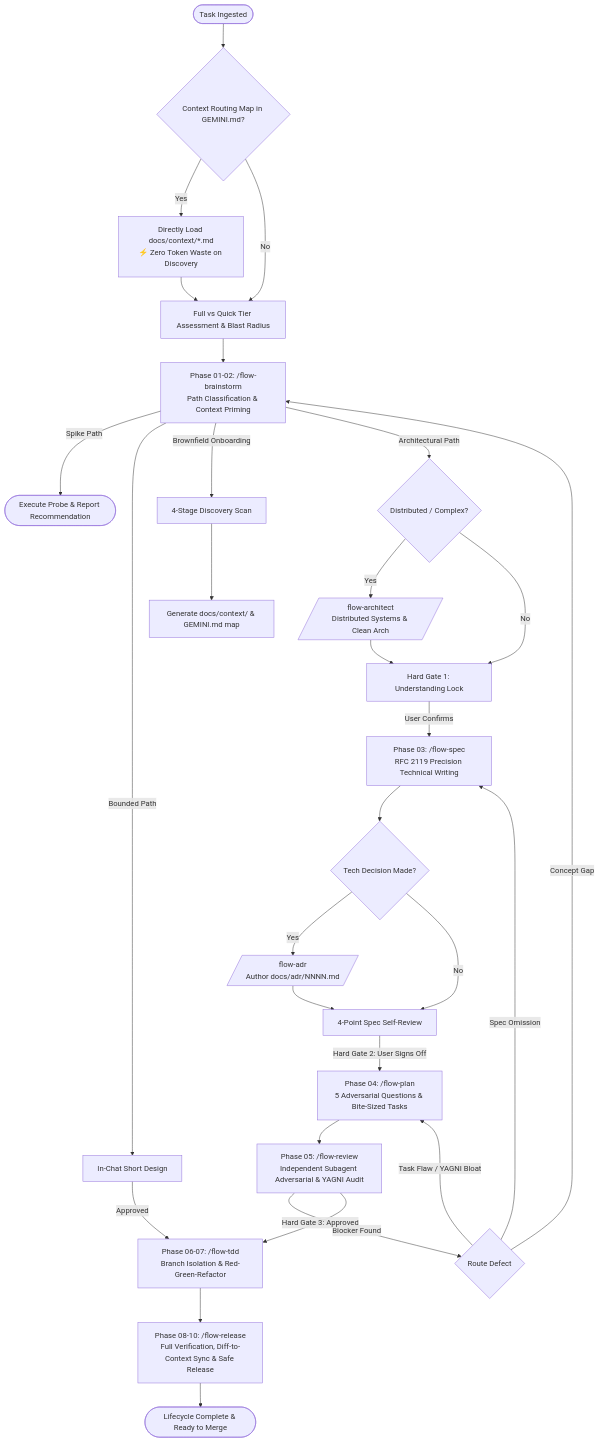
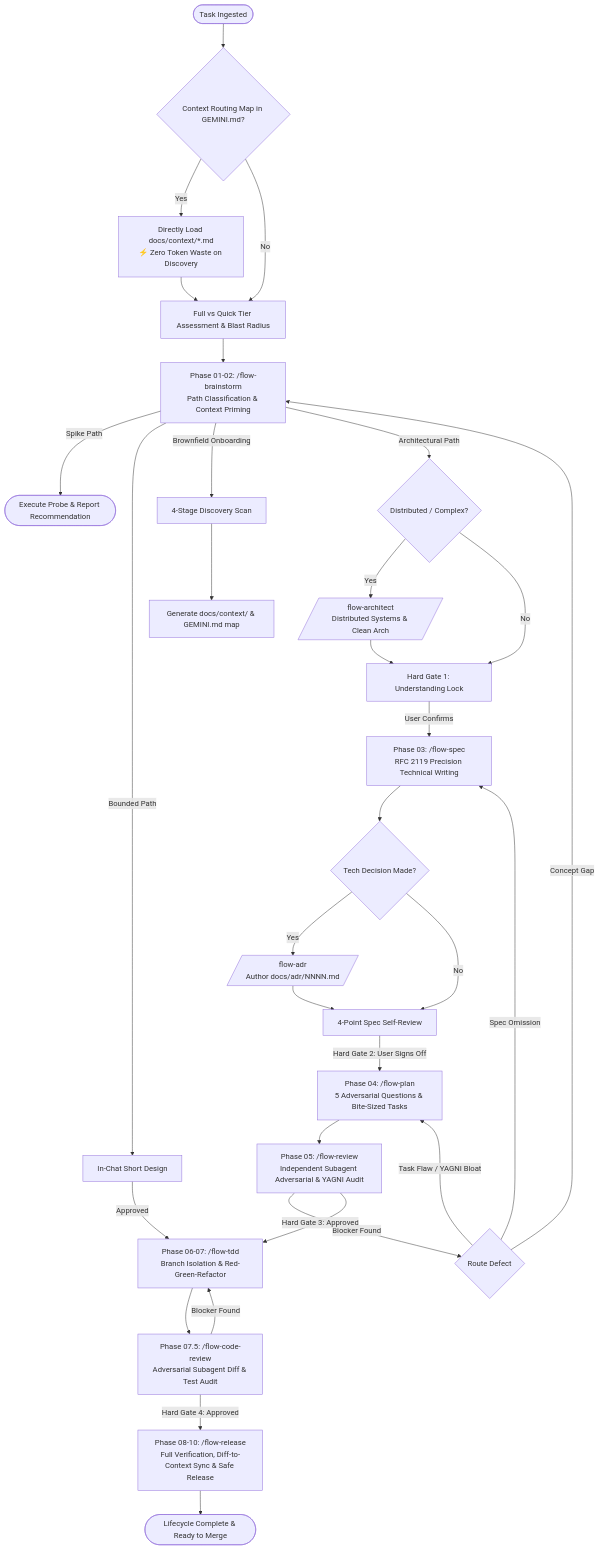
One commit to larya-dot-eu/agy-flow changed the diagram in README.md. Above: the diagram before and after it, drawn with Mermaid. The commit also changed other lines of this file and 6 other files, not shown here.

Commit message:
feat(skills): add /flow-code-review skill for independent adversarial code and implementation reviews

````diff
--- a/README.md
+++ b/README.md
@@ -17,34 +17,36 @@
 ```mermaid
 graph TD
     Start([Task Ingested]) --> ContextCheck{Context Routing Map in GEMINI.md?}
     ContextCheck -->|Yes| DirectLoad[Directly Load docs/context/*.md<br/>⚡ Zero Token Waste on Discovery]
     ContextCheck -->|No| TierCheck[Full vs Quick Tier Assessment & Blast Radius]
     DirectLoad --> TierCheck
     
     TierCheck --> Phase1[Phase 01-02: /flow-brainstorm<br/>Path Classification & Context Priming]
     
     Phase1 -->|Spike Path| SpikeEnd([Execute Probe & Report Recommendation])
     Phase1 -->|Bounded Path| BoundedDesign[In-Chat Short Design] -->|Approved| TDD
     Phase1 -->|Brownfield Onboarding| Onboard[4-Stage Discovery Scan] --> GenCtx[Generate docs/context/ & GEMINI.md map]
     Phase1 -->|Architectural Path| ArchCheck{Distributed / Complex?}
     
     ArchCheck -->|Yes| ArchSkill[/flow-architect<br/>Distributed Systems & Clean Arch/] --> Lock[Hard Gate 1: Understanding Lock]
     ArchCheck -->|No| Lock
     
     Lock -->|User Confirms| Spec[Phase 03: /flow-spec<br/>RFC 2119 Precision Technical Writing]
     Spec --> ADRCheck{Tech Decision Made?}
     ADRCheck -->|Yes| ADRSkill[/flow-adr<br/>Author docs/adr/NNNN.md/] --> SpecReview[4-Point Spec Self-Review]
     ADRCheck -->|No| SpecReview
     
     SpecReview -->|Hard Gate 2: User Signs Off| Plan[Phase 04: /flow-plan<br/>5 Adversarial Questions & Bite-Sized Tasks]
     Plan --> Review[Phase 05: /flow-review<br/>Independent Subagent Adversarial & YAGNI Audit]
     
     Review -->|Blocker Found| Loopback{Route Defect}
     Loopback -->|Concept Gap| Phase1
     Loopback -->|Spec Omission| Spec
     Loopback -->|Task Flaw / YAGNI Bloat| Plan
     
     Review -->|Hard Gate 3: Approved| TDD[Phase 06-07: /flow-tdd<br/>Branch Isolation & Red-Green-Refactor]
-    TDD --> Release[Phase 08-10: /flow-release<br/>Full Verification, Diff-to-Context Sync & Safe Release]
+    TDD --> CodeReview[Phase 07.5: /flow-code-review<br/>Adversarial Subagent Diff & Test Audit]
+    CodeReview -->|Blocker Found| TDD
+    CodeReview -->|Hard Gate 4: Approved| Release[Phase 08-10: /flow-release<br/>Full Verification, Diff-to-Context Sync & Safe Release]
     Release --> Done([Lifecycle Complete & Ready to Merge])
 ```
````
